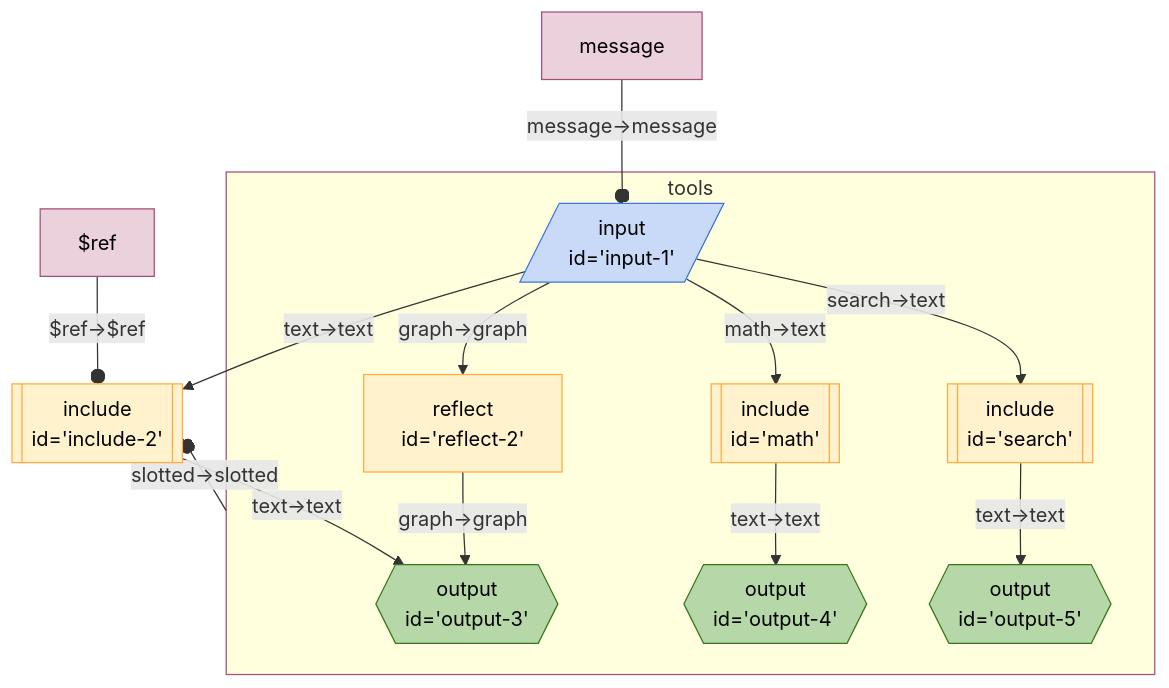
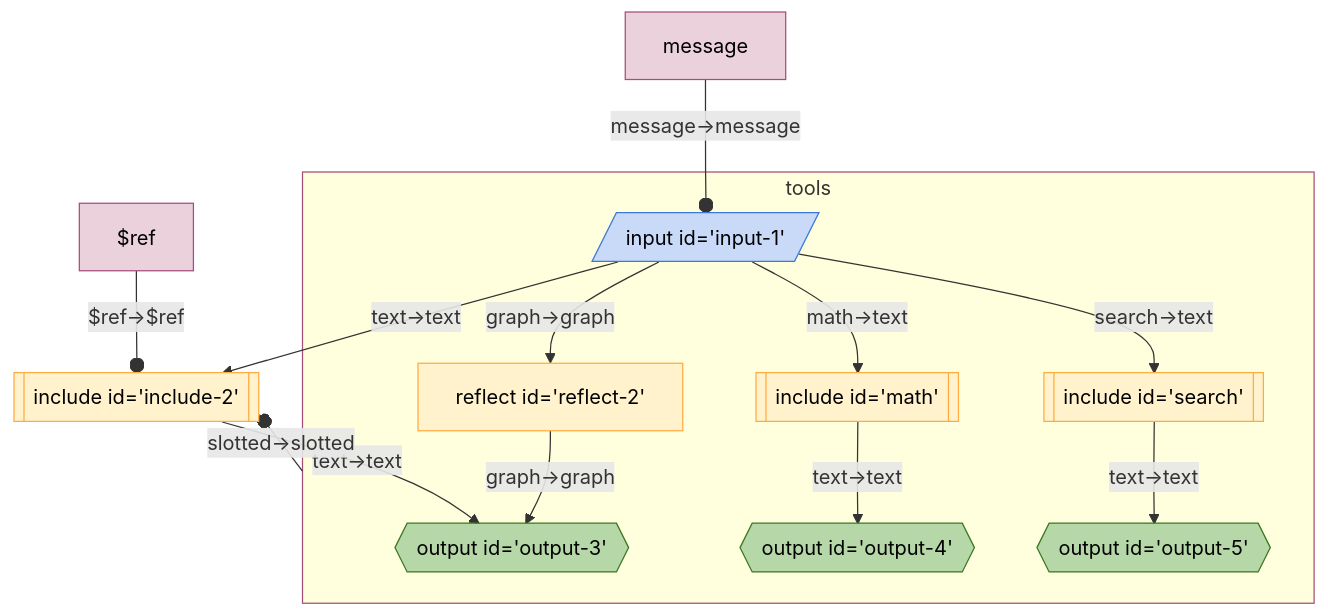
One commit to breadboard-ai/breadboard changed the diagram in seeds/graph-playground/docs/graphs/call-react-with-slot.md. Above: the diagram before and after it, drawn with Mermaid. The commit also changed 17 other files, not shown here.

Commit message:
nit: remove extranous line break in mermaid sources

````diff
--- a/seeds/graph-playground/docs/graphs/call-react-with-slot.md
+++ b/seeds/graph-playground/docs/graphs/call-react-with-slot.md
@@ -5,43 +5,27 @@
   ```mermaid
   %%{init: 'themeVariables': { 'fontFamily': 'Fira Code, monospace' }}%%
 graph TD;
-include2[["include
-id='include-2'"]]:::include -- "text->text" --> output3{{"output
-id='output-3'"}}:::output
+include2[["include id='include-2'"]]:::include -- "text->text" --> output3{{"output id='output-3'"}}:::output
 subgraph tools
-reflect2["reflect
-id='reflect-2'"] -- "graph->graph" --> output3{{"output
-id='output-3'"}}:::output
-input1[/"input
-id='input-1'"/]:::input -- "graph->graph" --> reflect2["reflect
-id='reflect-2'"]
-math[["include
-id='math'"]]:::include -- "text->text" --> output4{{"output
-id='output-4'"}}:::output
-input1[/"input
-id='input-1'"/]:::input -- "math->text" --> math[["include
-id='math'"]]:::include
-search[["include
-id='search'"]]:::include -- "text->text" --> output5{{"output
-id='output-5'"}}:::output
-input1[/"input
-id='input-1'"/]:::input -- "search->text" --> search[["include
-id='search'"]]:::include
+reflect2["reflect id='reflect-2'"] -- "graph->graph" --> output3{{"output id='output-3'"}}:::output
+input1[/"input id='input-1'"/]:::input -- "graph->graph" --> reflect2["reflect id='reflect-2'"]
+math[["include id='math'"]]:::include -- "text->text" --> output4{{"output id='output-4'"}}:::output
+input1[/"input id='input-1'"/]:::input -- "math->text" --> math[["include id='math'"]]:::include
+search[["include id='search'"]]:::include -- "text->text" --> output5{{"output id='output-5'"}}:::output
+input1[/"input id='input-1'"/]:::input -- "search->text" --> search[["include id='search'"]]:::include
 end
 tools:::slotted -- "slotted->slotted" --o include2
 
-input1[/"input
-id='input-1'"/]:::input -- "text->text" --> include2[["include
-id='include-2'"]]:::include
+input1[/"input id='input-1'"/]:::input -- "text->text" --> include2[["include id='include-2'"]]:::include
 messageinput1[message]:::config -- "message->message" --o input1
 $refinclude2[$ref]:::config -- "$ref->$ref" --o include2
 
 classDef default stroke:#ffab40,fill:#fff2ccff,color:#000
 classDef input stroke:#3c78d8,fill:#c9daf8ff,color:#000
 classDef output stroke:#38761d,fill:#b6d7a8ff,color:#000
 classDef passthrough stroke:#a64d79,fill:#ead1dcff,color:#000
 classDef slot stroke:#a64d79,fill:#ead1dcff,color:#000
 classDef config stroke:#a64d79,fill:#ead1dcff,color:#000
 classDef secrets stroke:#db4437,fill:#f4cccc,color:#000
 classDef slotted stroke:#a64d79
   ```
````
